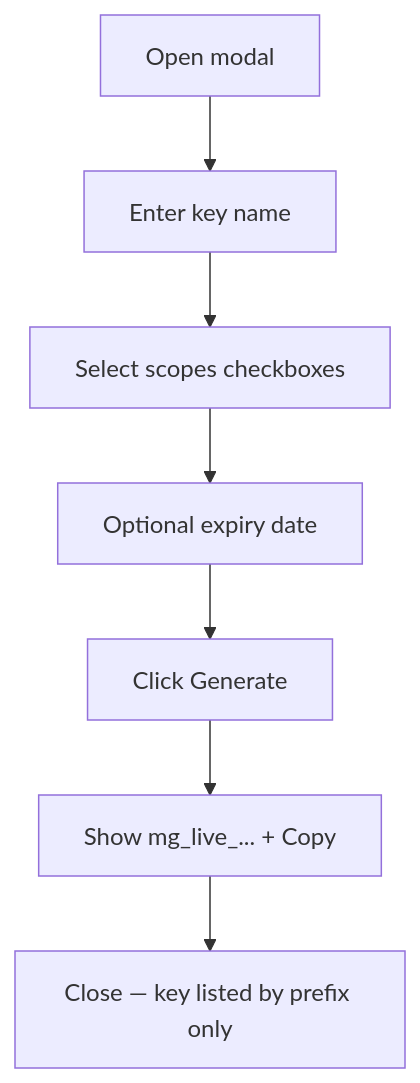
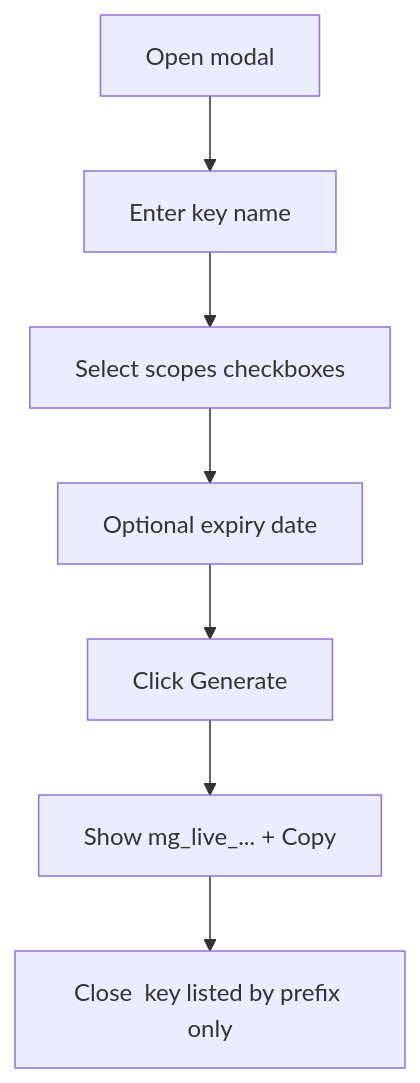
One commit to Madadgaar3377/madagaar-frontend changed diagram 24 of 25 in PARTNER_API_WORKFLOW.md. Above: the diagram before and after it, drawn with Mermaid. The commit also changed other lines of this file and 36 other files, not shown here.

````diff
--- a/PARTNER_API_WORKFLOW.md
+++ b/PARTNER_API_WORKFLOW.md
@@ -1216,9 +1216,9 @@
 ```mermaid
 flowchart TD
     M[Open modal] --> N[Enter key name]
     N --> S[Select scopes checkboxes]
     S --> E[Optional expiry date]
     E --> G[Click Generate]
     G --> SHOW[Show mg_live_... + Copy]
-    SHOW --> DONE[Close — key listed by prefix only]
+    SHOW --> DONE[Close  key listed by prefix only]
 ```
````
